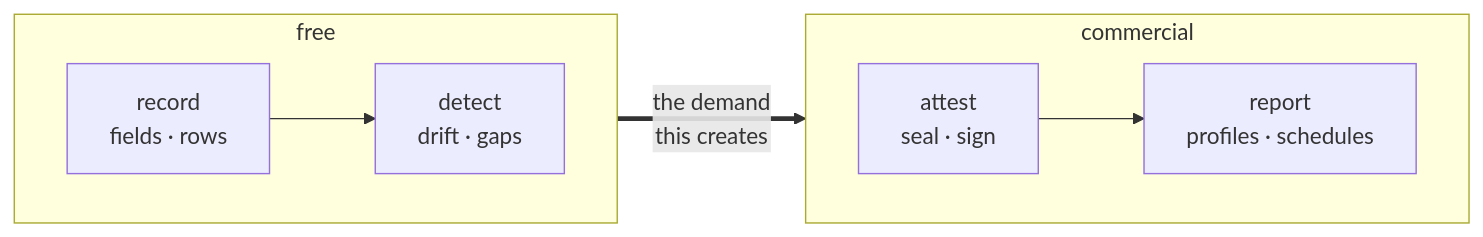
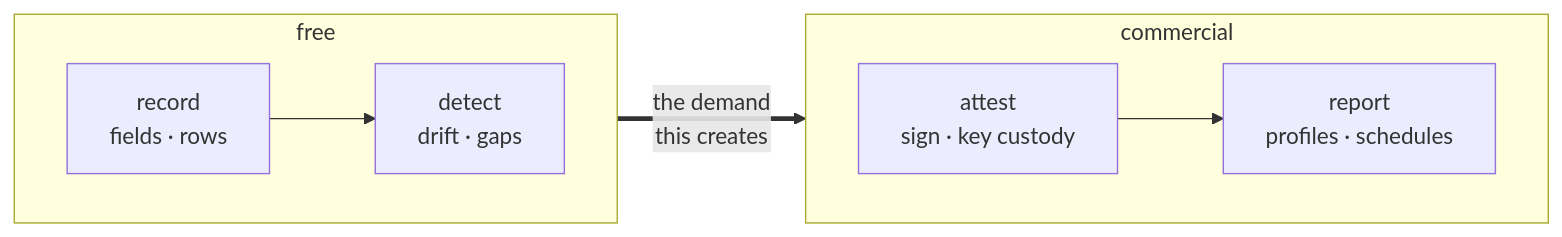
The third of 4 diagrams in docs/23-open-core-split.md (proseria-research/lineage), drawn with Mermaid before and after one commit. The commit also changed other lines of this file and 2 other files, not shown here.

````diff
--- a/docs/23-open-core-split.md
+++ b/docs/23-open-core-split.md
@@ -107,13 +113,13 @@
 ```mermaid
 %%{init: {"flowchart": {"curve": "linear"}}}%%
 flowchart LR
     subgraph free["free"]
         direction LR
         rec["record<br/>fields · rows"] --> det["detect<br/>drift · gaps"]
     end
     subgraph paid["commercial"]
         direction LR
-        att["attest<br/>seal · sign"] --> rep["report<br/>profiles · schedules"]
+        att["attest<br/>sign · key custody"] --> rep["report<br/>profiles · schedules"]
     end
     det ==>|"the demand<br/>this creates"| att
 ```
````
